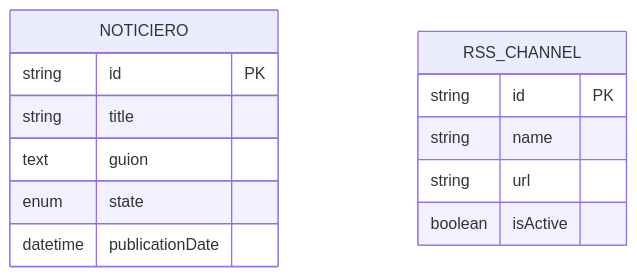
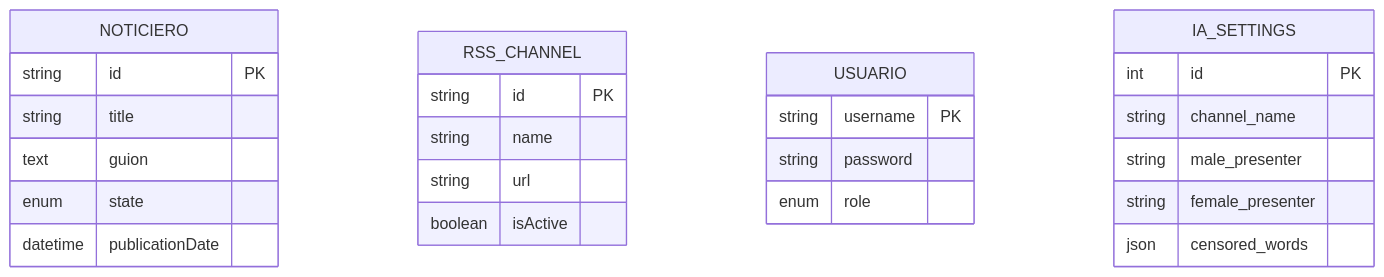
The second of 2 diagrams in README.md (AbarcgDev/Noticiero-Finsus), drawn with Mermaid before and after one commit. The commit also changed other lines of this file, not shown here.

````diff
--- a/README.md
+++ b/README.md
@@ -49,17 +49,31 @@
 ```mermaid
 erDiagram
     NOTICIERO {
         string id PK
         string title
         text guion
         enum state
         datetime publicationDate
     }
     
     RSS_CHANNEL {
         string id PK
         string name
         string url
         boolean isActive
     }
+    
+    USUARIO {
+        string username PK
+        string password
+        enum role
+    }
+
+    IA_SETTINGS {
+        int id PK
+        string channel_name
+        string male_presenter
+        string female_presenter
+        json censored_words
+    }
 ```
````
